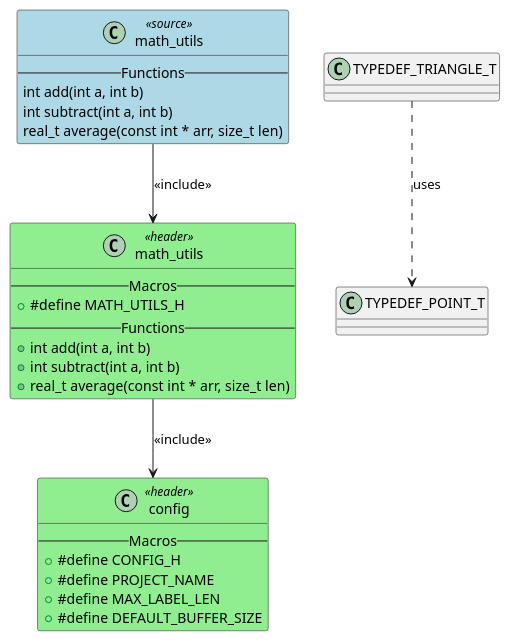
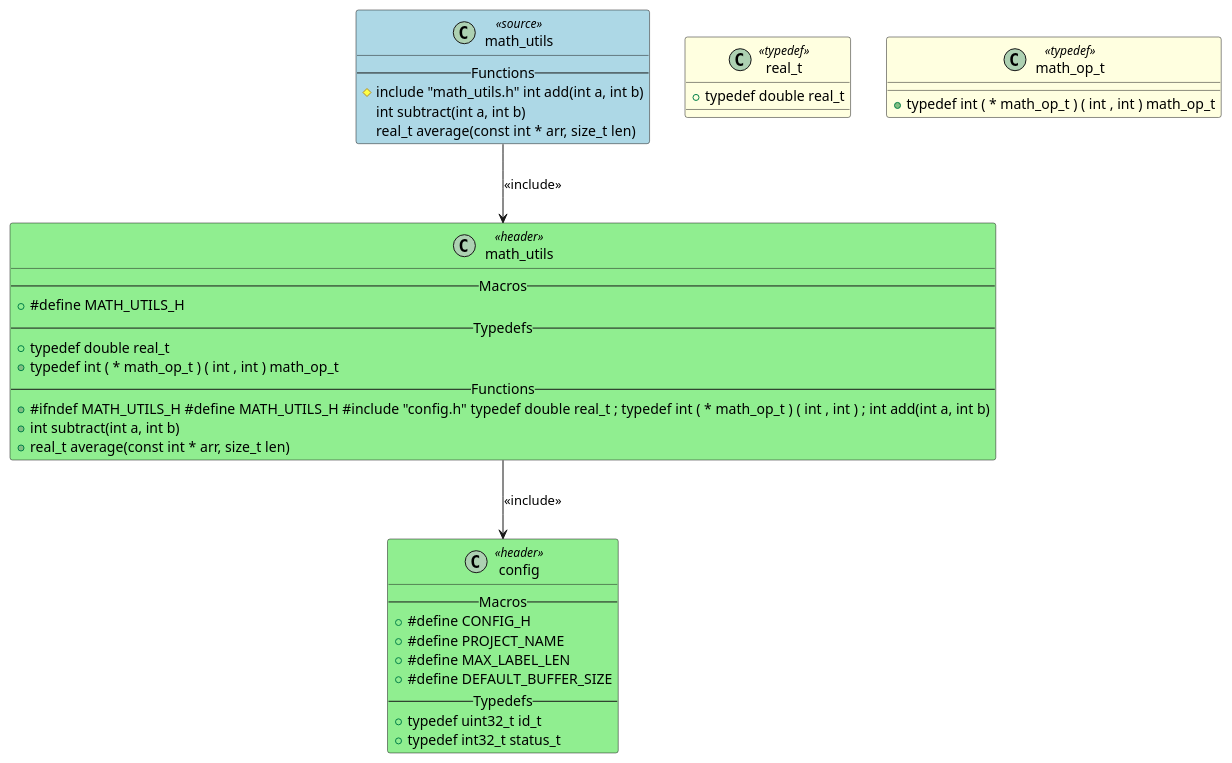
Before and after one commit to fischerjooo/c2puml: the diagram in output/math_utils.puml, drawn with PlantUML. The commit also changed 9 other files, not shown here.

```diff
--- a/output/math_utils.puml
+++ b/output/math_utils.puml
@@ -1,34 +1,49 @@
 @startuml math_utils
 
 class "math_utils" as MATH_UTILS <<source>> #LightBlue
 {
     -- Functions --
-    int add(int a, int b)
+    #include "math_utils.h" int add(int a, int b)
     int subtract(int a, int b)
     real_t average(const int * arr, size_t len)
 }
 
 class "math_utils" as HEADER_MATH_UTILS <<header>> #LightGreen
 {
     -- Macros --
     + #define MATH_UTILS_H
+    -- Typedefs --
+    + typedef double real_t
+    + typedef int ( * math_op_t ) ( int , int ) math_op_t
     -- Functions --
-    + int add(int a, int b)
+    + #ifndef MATH_UTILS_H #define MATH_UTILS_H #include "config.h" typedef double real_t ; typedef int ( * math_op_t ) ( int , int ) ; int add(int a, int b)
     + int subtract(int a, int b)
     + real_t average(const int * arr, size_t len)
 }
 
 class "config" as HEADER_CONFIG <<header>> #LightGreen
 {
     -- Macros --
     + #define CONFIG_H
     + #define PROJECT_NAME
     + #define MAX_LABEL_LEN
     + #define DEFAULT_BUFFER_SIZE
+    -- Typedefs --
+    + typedef uint32_t id_t
+    + typedef int32_t status_t
+}
+
+class "real_t" as TYPEDEF_REAL_T <<typedef>> #LightYellow
+{
+    + typedef double real_t
+}
+
+class "math_op_t" as TYPEDEF_MATH_OP_T <<typedef>> #LightYellow
+{
+    + typedef int ( * math_op_t ) ( int , int ) math_op_t
 }
 
 MATH_UTILS --> HEADER_MATH_UTILS : <<include>>
 HEADER_MATH_UTILS --> HEADER_CONFIG : <<include>>
-TYPEDEF_TRIANGLE_T ..> TYPEDEF_POINT_T : uses
 
 @enduml
```
